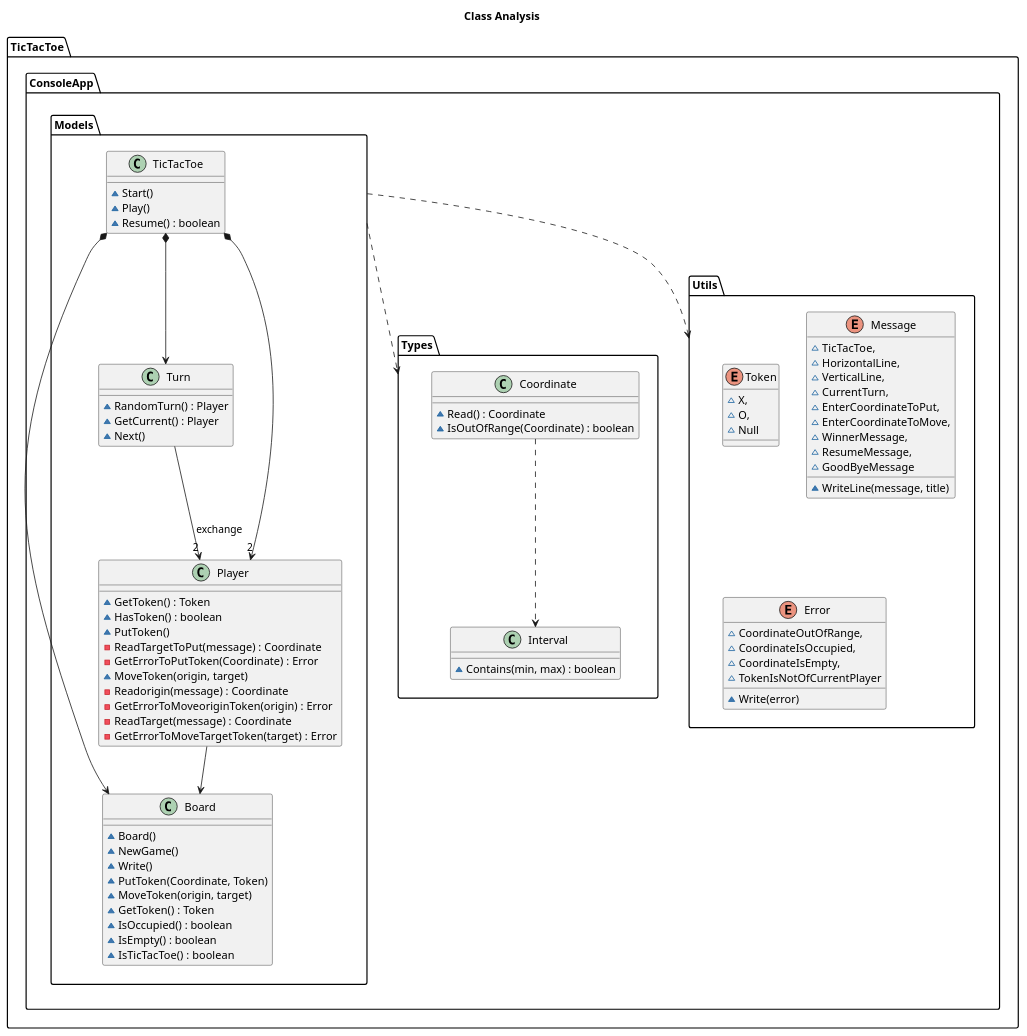
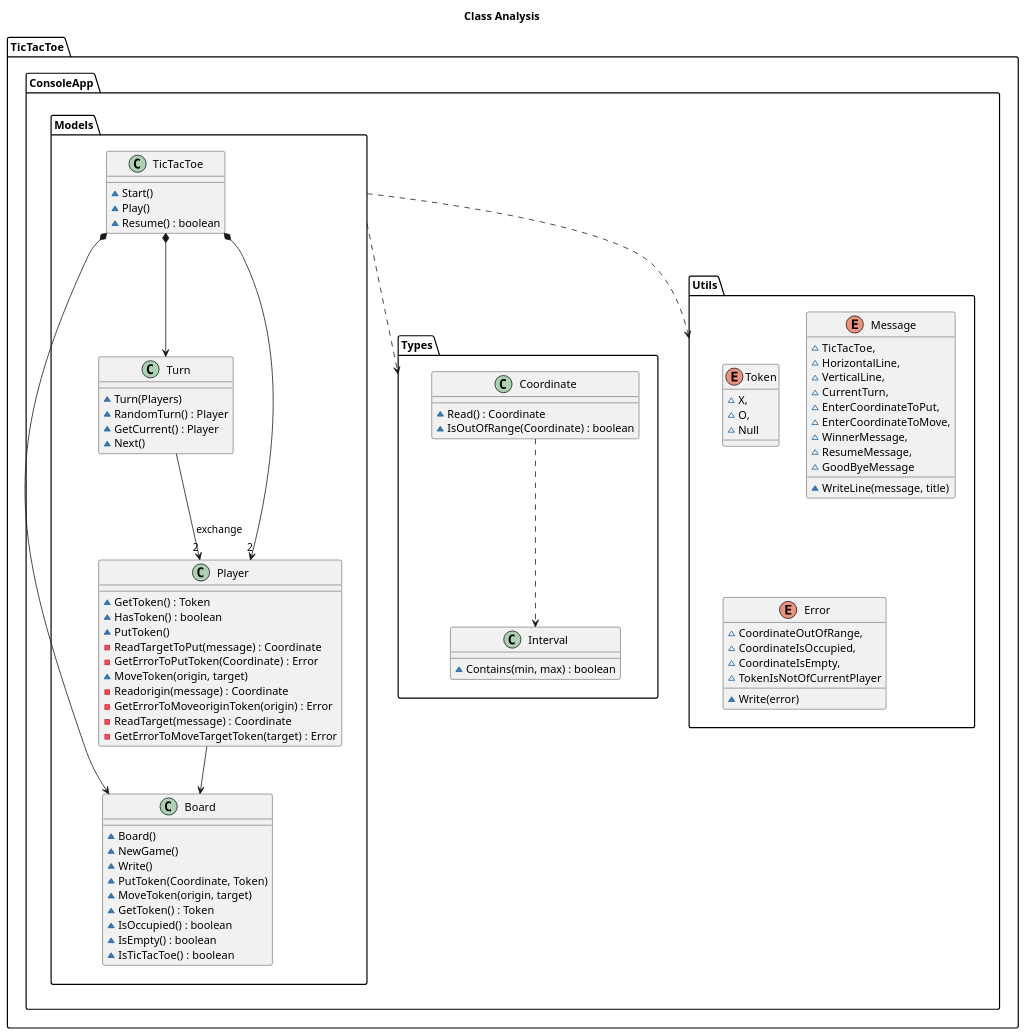
Before and after one commit to franpaulinoinfante/TicTacToe: the sixth of 6 diagrams in src/DomainModel/Basic/Docs/Analysis.plantuml, drawn with PlantUML.

```diff
--- a/src/DomainModel/Basic/Docs/Analysis.plantuml
+++ b/src/DomainModel/Basic/Docs/Analysis.plantuml
@@ -155,93 +155,94 @@
 @startuml Class Analysis
     title Class Analysis
 
     package TicTacToe.ConsoleApp{
         namespace Models{
             class TicTacToe{
                 ~Start()
                 ~Play()
                 ~Resume() : boolean
             }
             TicTacToe *--> Board
             TicTacToe *--> Turn
             TicTacToe *--> "2" Player
 
             class Board{
                 ~Board()
                 ~NewGame()
                 ~Write()
                 ~PutToken(Coordinate, Token)
                 ~MoveToken(origin, target)
                 ~GetToken() : Token
                 ~IsOccupied() : boolean
                 ~IsEmpty() : boolean
                 ~IsTicTacToe() : boolean
             }
 
             class Turn{
+                ~Turn(Players)
                 ~RandomTurn() : Player
                 ~GetCurrent() : Player
                 ~Next()
             }
             Turn --> "2" Player : exchange
 
             class Player{
                 ~GetToken() : Token
                 ~HasToken() : boolean
                 ~PutToken()
                 -ReadTargetToPut(message) : Coordinate
                 -GetErrorToPutToken(Coordinate) : Error
                 ~MoveToken(origin, target)
                 -Readorigin(message) : Coordinate
                 -GetErrorToMoveoriginToken(origin) : Error
                 -ReadTarget(message) : Coordinate       
                 -GetErrorToMoveTargetToken(target) : Error
             }
             Player --> Board
         }
         Models ..> Types
         Models ..> Utils
 
         namespace Types{
             class Coordinate{
                 ~Read() : Coordinate
                 ~IsOutOfRange(Coordinate) : boolean
             }
             Coordinate ..> Interval
 
             class Interval{
                 ~Contains(min, max) : boolean
             }
         }
 
         namespace Utils{
             enum Token{
                 ~X,
                 ~O,
                 ~Null
             }
 
             enum Message{
                 ~TicTacToe,
                 ~HorizontalLine,
                 ~VerticalLine,
                 ~CurrentTurn,
                 ~EnterCoordinateToPut,
                 ~EnterCoordinateToMove,
                 ~WinnerMessage,
                 ~ResumeMessage,
                 ~GoodByeMessage
                 ~WriteLine(message, title)
             }
 
             enum Error{
                 ~CoordinateOutOfRange,
                 ~CoordinateIsOccupied,
                 ~CoordinateIsEmpty,
                 ~TokenIsNotOfCurrentPlayer
                 ~Write(error)
             }
         }
     }
 
 @enduml
```
